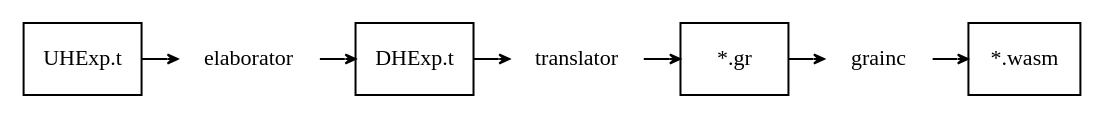
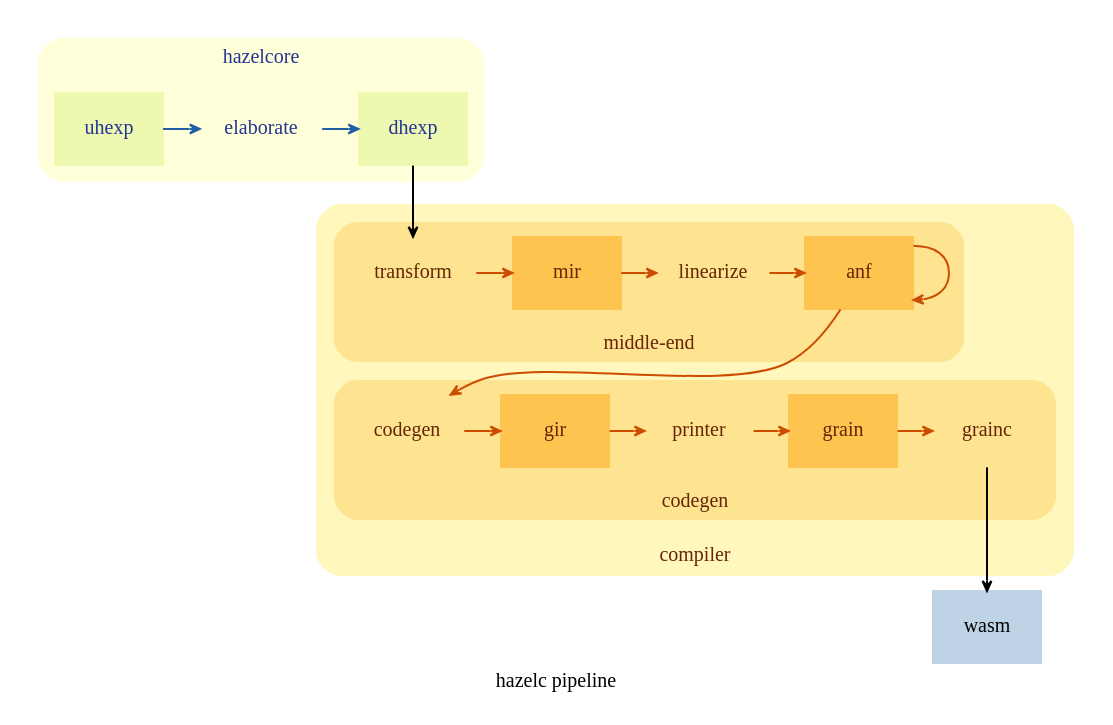
The diagram in 14-compiler/pipeline.dot (hazelgrove/phi), drawn with Graphviz before and after one commit. The commit also changed 1 other file, not shown here.

Commit message:
Update pipeline diagram to match architecture changes

```diff
--- a/14-compiler/pipeline.dot
+++ b/14-compiler/pipeline.dot
@@ -1,42 +1,88 @@
 digraph pipeline {
-  graph [ fontname = "Fira Code", fontsize=11.0                                   ];
-  node  [ fontname = "Fira Code", fontsize=11.0                                   ];
-  edge  [ fontname = "Fira Code", fontsize=10.0, arrowhead="vee", arrowsize = 0.5 ];
+  label = "hazelc pipeline"
+  newrank = true;
 
-  newrank = true;
-  rank = same;
+  graph [ fontname = "Fira Code", fontsize = 10.0                                   ];
+  node  [ fontname = "Fira Code", fontsize = 10.0,                                  ];
+  edge  [ fontname = "Fira Code", fontsize = 9.0 , arrowhead="vee", arrowsize = 0.5 ];
 
-  subgraph hazelcore {
+  subgraph cluster_hazelcore {
     label = "hazelcore";
     rank = same;
 
-    node        [ shape = plaintext     ];
-    elaborator  [ label = "elaborator"  ];
+    graph [ colorscheme = ylgnbu9, fontcolor = 8 ];
+    node  [ colorscheme = ylgnbu9, fontcolor = 8 ];
+    edge  [ colorscheme = ylgnbu9, color = 7 ];
 
-    node        [ shape = box           ];
-    uhexp       [ label = "UHExp.t"     ];
-    dhexp       [ label = "DHExp.t"     ];
+    style = rounded;
+    bgcolor = 1;
+    color = 1;
 
-    uhexp -> elaborator -> dhexp
+    node        [ shape = plaintext,  ];
+    elaborate   [ label = "elaborate" ];
+
+    node        [ shape = box, style = filled, color = 2, fillcolor = 2 ];
+    uhexp       [ label = "uhexp" ];
+    dhexp       [ label = "dhexp" ];
+
+    uhexp -> elaborate -> dhexp;
   }
 
-  subgraph compiler {
+  subgraph cluster_compiler {
     label = "compiler";
-    rank = same;
+    labelloc = b;
 
-    node        [ shape = plaintext     ];
-    translator  [ label = "translator"  ];
-    grainc      [ label = "grainc"      ];
+    graph [ colorscheme = ylorbr9, fontcolor = 9 ];
+    node  [ colorscheme = ylorbr9, fontcolor = 9 ];
+    edge  [ colorscheme = ylorbr9, color = 7 ];
 
-    node        [ shape = box           ];
-    grain       [ label = "*.gr"        ];
+    style = rounded;
+    bgcolor = 2;
+    color = 2;
 
-    translator -> grain -> grainc;
+    subgraph cluster_middle_end {
+      label = "middle-end"
+      rank = same;
+
+      style = rounded;
+      bgcolor = 3;
+
+      node        [ shape = plaintext   ];
+      transform   [ label = "transform" ];
+      linearize   [ label = "linearize" ];
+
+      node        [ shape = box, style = filled, color = 4, fillcolor = 4 ];
+      mir         [ label = "mir" ];
+      anf         [ label = "anf" ];
+
+      transform -> mir -> linearize -> anf -> anf;
+    }
+
+    subgraph cluster_codegen {
+      label = "codegen"
+      rank = same;
+
+      style = rounded;
+      bgcolor = 3;
+
+      node        [ shape = plaintext   ];
+      codegen     [ label = "codegen"   ];
+      printer     [ label = "printer"   ];
+      grainc      [ label = "grainc"    ];
+
+      node        [ shape = box, style = filled, color = 4, fillcolor = 4 ];
+      gir         [ label = "gir"   ];
+      grain       [ label = "grain" ];
+
+      codegen -> gir -> printer -> grain -> grainc
+    }
+
+    anf -> codegen;
   }
 
-  node  [ shape = box       ]
-  wasm  [ label = "*.wasm"  ];
+  node  [ shape = box, style = filled, colorscheme = bupu9, color = 3, fillcolor = 3  ];
+  wasm  [ label = "wasm"  ];
 
-  dhexp -> translator;
+  dhexp -> transform;
   grainc -> wasm;
 }
```
